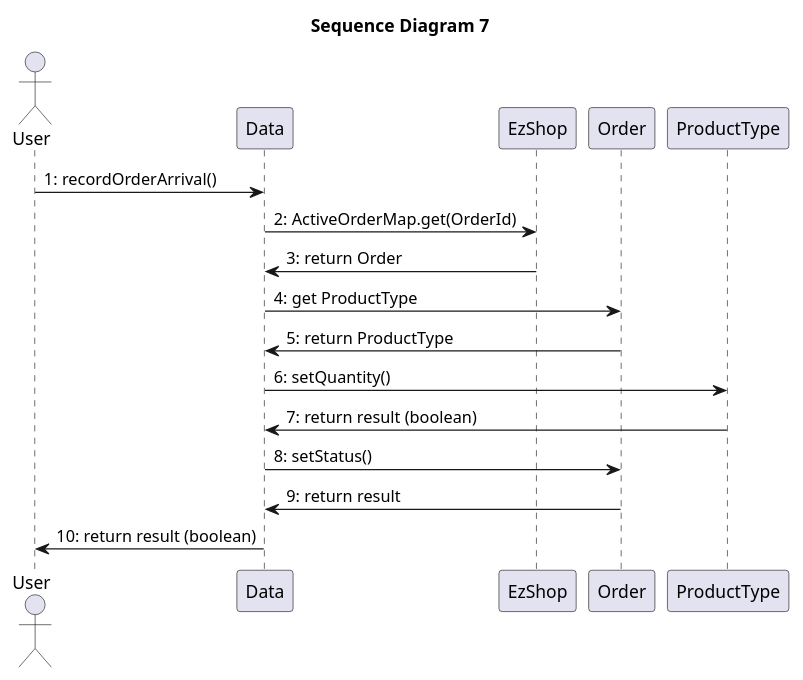
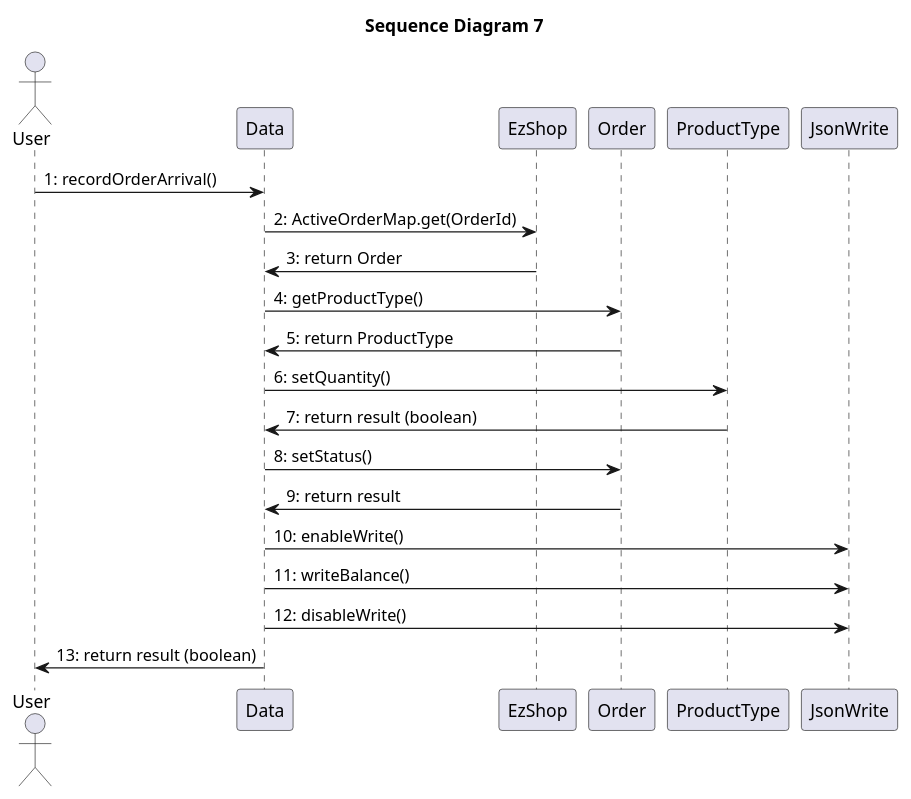
The ninth of 15 diagrams in Deliverables/DesignDocument.md (paolotron/EzshoProject31), drawn with PlantUML before and after one commit. The commit also changed other lines of this file, not shown here.

````diff
--- a/Deliverables/DesignDocument.md
+++ b/Deliverables/DesignDocument.md
@@ -437,21 +441,25 @@
 ``` plantuml
 @startuml
 title "Sequence Diagram 7"
 actor User as U1
 participant Data
 participant EzShop
 participant Order as O
 participant ProductType as P
+participant JsonWrite as JW
 
 U1->Data: 1: recordOrderArrival()
 Data->EzShop: 2: ActiveOrderMap.get(OrderId)
 EzShop->Data: 3: return Order
-Data->O: 4: get ProductType
+Data->O: 4: getProductType()
 O-> Data: 5: return ProductType
 Data->P: 6: setQuantity()
 P->Data: 7: return result (boolean)
 Data->O: 8: setStatus()
 O->Data: 9: return result
-Data->U1: 10: return result (boolean)
+Data -> JW: 10: enableWrite()
+Data -> JW: 11: writeBalance()
+Data -> JW: 12: disableWrite()
+Data->U1: 13: return result (boolean)
 @enduml
 ```
````
